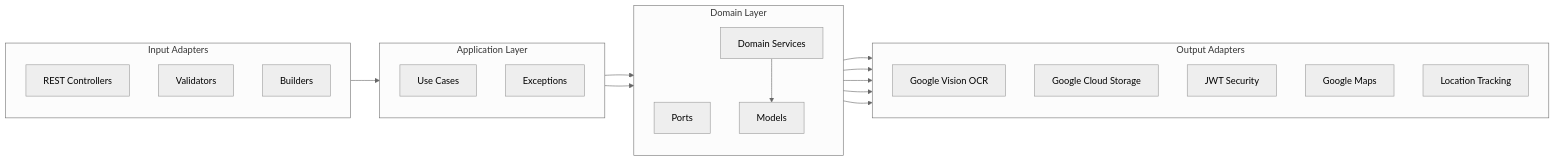
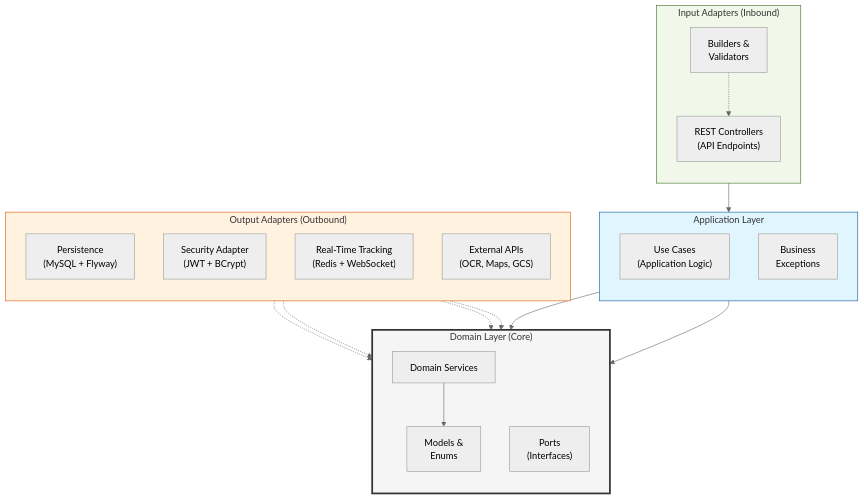
One commit to fttmatteo/messenger-backend changed the first of 4 diagrams in README.md. Above: the diagram before and after it, drawn with Mermaid (neutral theme). The commit also changed other lines of this file and 1 other file, not shown here.

Commit message:
docs: enhance README with updated architecture and state flow diagrams, new API endpoints, and technology details.

````diff
--- a/README.md
+++ b/README.md
@@ -44,41 +44,48 @@
 ```mermaid
-graph LR
-    subgraph InputAdapters ["Input Adapters"]
+flowchart TD
+    subgraph IA ["Input Adapters (Inbound)"]
         direction TB
-        REST[REST Controllers]
-        VAL[Validators]
-        BUILD[Builders]
+        REST["REST Controllers<br/>(API Endpoints)"]
+        BUILD["Builders &<br/>Validators"]
     end
 
-    subgraph ApplicationLayer ["Application Layer"]
+    subgraph APP ["Application Layer"]
         direction TB
-        UC[Use Cases]
-        EXC[Exceptions]
+        UC["Use Cases<br/>(Application Logic)"]
+        EXC["Business<br/>Exceptions"]
     end
 
-    subgraph DomainLayer ["Domain Layer"]
+    subgraph DOMAIN ["Domain Layer (Core)"]
         direction TB
-        PORTS[Ports]
-        SVC[Domain Services]
-        MOD[Models]
+        SVC["Domain Services"]
+        PORTS["Ports<br/>(Interfaces)"]
+        MOD["Models &<br/>Enums"]
     end
 
-    subgraph OutputAdapters ["Output Adapters"]
+    subgraph OA ["Output Adapters (Outbound)"]
         direction TB
-        OCR[Google Vision OCR]
-        STORAGE[Google Cloud Storage]
-        SEC[JWT Security]
-        MAPS[Google Maps]
-        TRACKING[Location Tracking]
+        PERS["Persistence<br/>(MySQL + Flyway)"]
+        SEC["Security Adapter<br/>(JWT + BCrypt)"]
+        TRACK["Real-Time Tracking<br/>(Redis + WebSocket)"]
+        EXT["External APIs<br/>(OCR, Maps, GCS)"]
     end
 
+    %% Relations
     REST --> UC
+    BUILD -.-> REST
+    UC --> SVC
     UC --> PORTS
-    PORTS --> OCR
-    PORTS --> STORAGE
-    PORTS --> SEC
-    PORTS --> MAPS
-    PORTS --> TRACKING
-    UC --> SVC
     SVC --> MOD
+    
+    %% Dependency Inversion (Adapters implement Ports)
+    PERS -.-> PORTS
+    SEC -.-> PORTS
+    TRACK -.-> PORTS
+    EXT -.-> PORTS
+
+    %% Styling
+    style DOMAIN fill:#f5f5f5,stroke:#333,stroke-width:3px
+    style APP fill:#e1f5fe,stroke:#01579b,stroke-width:1px
+    style IA fill:#f1f8e9,stroke:#33691e,stroke-width:1px
+    style OA fill:#fff3e0,stroke:#e65100,stroke-width:1px
 ```
````
